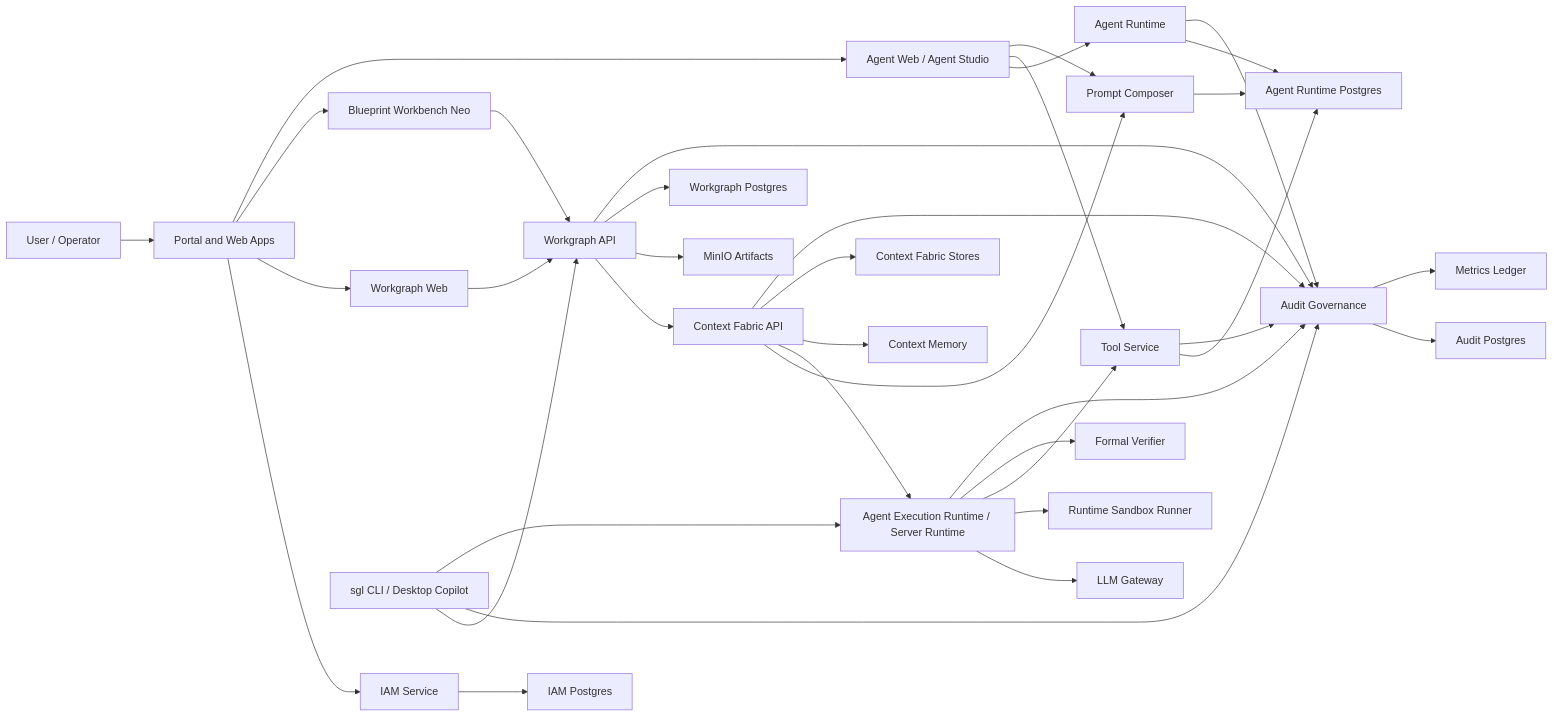
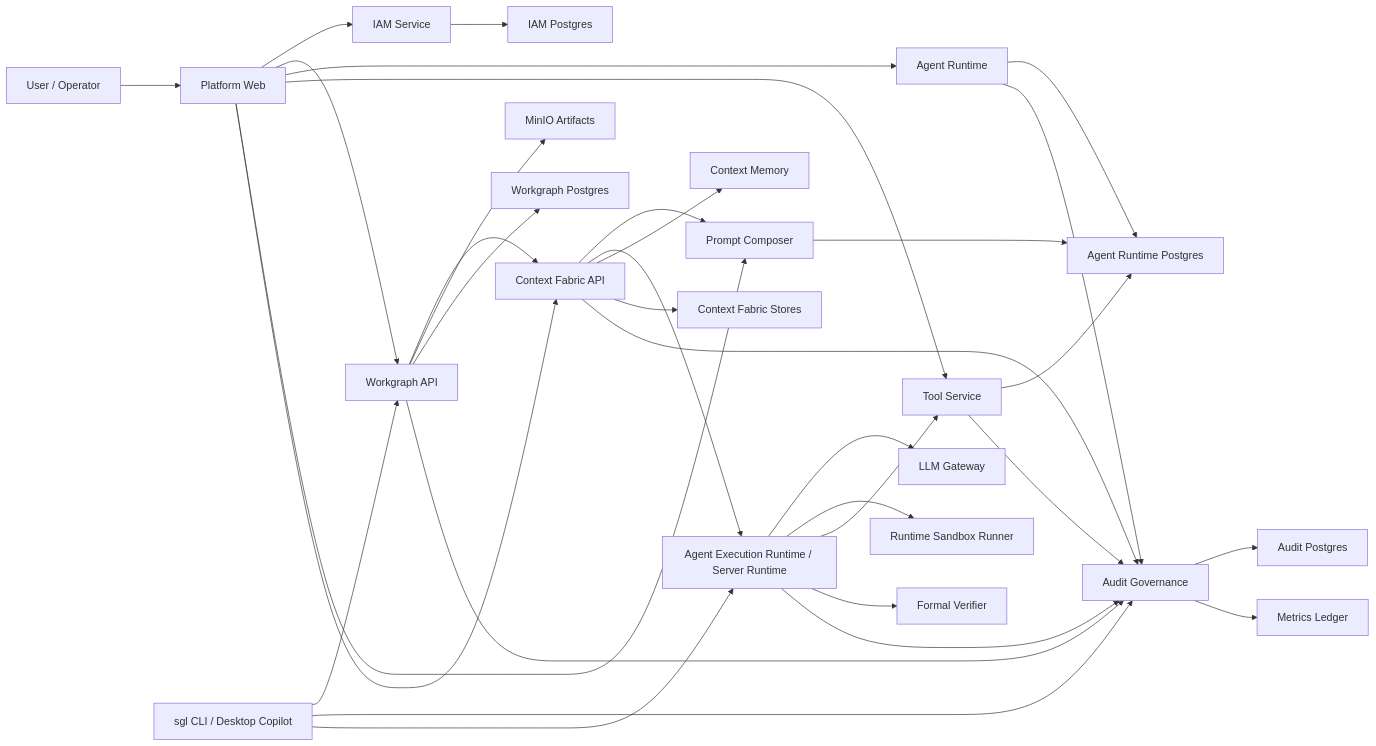
One commit to ashokraj2011/singularity-platform changed the first of 5 diagrams in docs/platform-handbook.md. Above: the diagram before and after it, drawn with Mermaid. The commit also changed other lines of this file and 581 other files, not shown here.

Commit message:
Unify platform web and agent capabilities

````diff
--- a/docs/platform-handbook.md
+++ b/docs/platform-handbook.md
@@ -69,44 +69,40 @@
 ```mermaid
 flowchart LR
-  User["User / Operator"] --> Portal["Portal and Web Apps"]
-  Portal --> IAM["IAM Service"]
-  Portal --> WGWeb["Workgraph Web"]
-  Portal --> WB["Blueprint Workbench Neo"]
-  Portal --> AgentWeb["Agent Web / Agent Studio"]
-
-  WGWeb --> WGAPI["Workgraph API"]
-  WB --> WGAPI
-  AgentWeb --> AgentRuntime["Agent Runtime"]
-  AgentWeb --> ToolService["Tool Service"]
-  AgentWeb --> PromptComposer["Prompt Composer"]
+  User["User / Operator"] --> Web["Platform Web"]
+  Web --> IAM["IAM Service"]
+  Web --> WGAPI["Workgraph API"]
+  Web --> AgentRuntime["Agent Runtime"]
+  Web --> ToolService["Tool Service"]
+  Web --> PromptComposer["Prompt Composer"]
+  Web --> ContextAPI["Context Fabric API"]
 
   WGAPI --> ContextAPI["Context Fabric API"]
   ContextAPI --> PromptComposer
   ContextAPI --> AER["Agent Execution Runtime / Server Runtime"]
   ContextAPI --> ContextMemory["Context Memory"]
 
   AER --> LLMGateway["LLM Gateway"]
   AER --> Runner["Runtime Sandbox Runner"]
   AER --> ToolService
   AER --> FormalVerifier["Formal Verifier"]
 
   WGAPI --> MinIO["MinIO Artifacts"]
   WGAPI --> WGDB["Workgraph Postgres"]
   IAM --> IAMDB["IAM Postgres"]
   AgentRuntime --> ATDB["Agent Runtime Postgres"]
   ToolService --> ATDB
   PromptComposer --> ATDB
   ContextAPI --> CFDB["Context Fabric Stores"]
 
   WGAPI --> AuditGov["Audit Governance"]
   ContextAPI --> AuditGov
   AER --> AuditGov
   ToolService --> AuditGov
   AgentRuntime --> AuditGov
   AuditGov --> AuditDB["Audit Postgres"]
   AuditGov --> Metrics["Metrics Ledger"]
 
   Laptop["sgl CLI / Desktop Copilot"] --> WGAPI
   Laptop --> AuditGov
   Laptop --> AER
 ```
````
